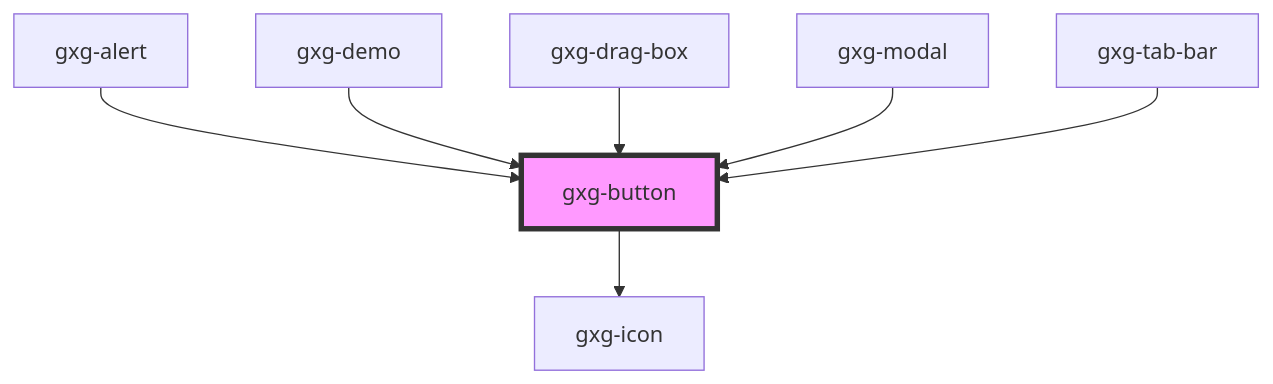
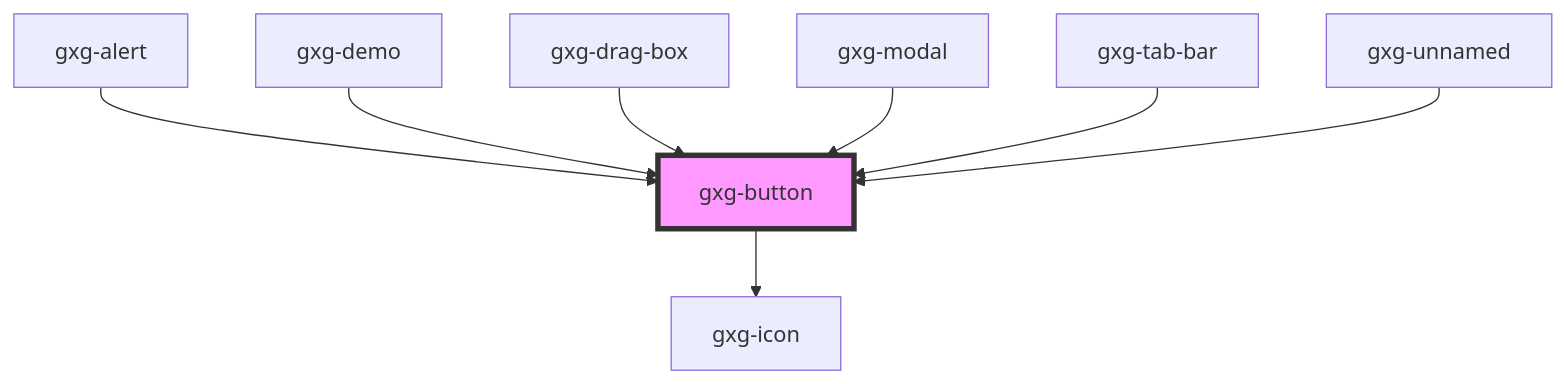
Before and after one commit to genexuslabs/gemini: the diagram in src/components/button/readme.md, drawn with Mermaid. The commit also changed other lines of this file and 9 other files, not shown here.

Commit message:
gxg-unnamed component

````diff
--- a/src/components/button/readme.md
+++ b/src/components/button/readme.md
@@ -33,10 +34,11 @@
 ```mermaid
 graph TD;
   gxg-button --> gxg-icon
   gxg-alert --> gxg-button
   gxg-demo --> gxg-button
   gxg-drag-box --> gxg-button
   gxg-modal --> gxg-button
   gxg-tab-bar --> gxg-button
+  gxg-unnamed --> gxg-button
   style gxg-button fill:#f9f,stroke:#333,stroke-width:4px
 ```
````
